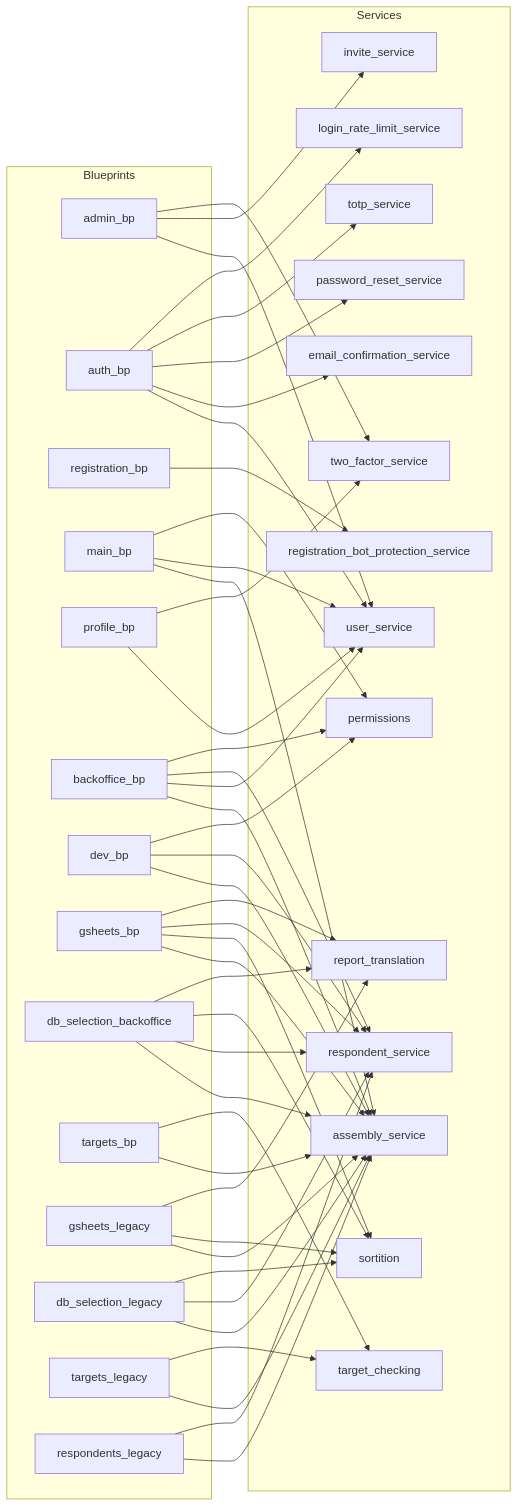
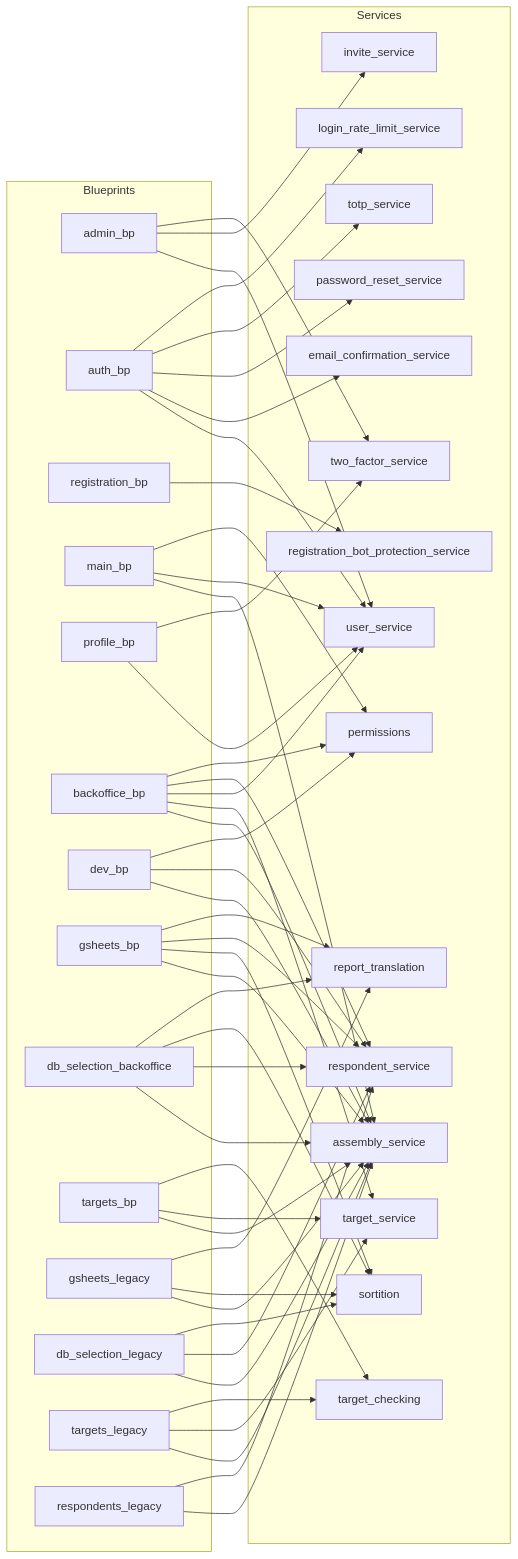
Before and after one commit to sortitionfoundation/opendlp: the third of 3 diagrams in backend/docs/architecture.md, drawn with Mermaid. The commit also changed other lines of this file and 1 other file, not shown here.

First line of the commit message:
docs: record the target_service split and the BDD build trap

````diff
--- a/backend/docs/architecture.md
+++ b/backend/docs/architecture.md
@@ -323,53 +337,54 @@
 ```mermaid
 flowchart LR
     subgraph BPs["Blueprints"]
         admin_bp
         auth_bp
         registration_bp
         main_bp
         profile_bp
         backoffice_bp
         dev_bp
         gsheets_bp
         db_sel_bo[db_selection_backoffice]
         targets_bp
         gsheets_legacy_bp[gsheets_legacy]
         db_sel_legacy[db_selection_legacy]
         targets_legacy_bp[targets_legacy]
         respondents_legacy_bp[respondents_legacy]
     end
 
     subgraph Svc["Services"]
         assembly_svc[assembly_service]
         user_svc[user_service]
         respondent_svc[respondent_service]
         sortition_svc[sortition]
         invite_svc[invite_service]
         two_factor_svc[two_factor_service]
         email_confirm_svc[email_confirmation_service]
         password_reset_svc[password_reset_service]
         totp_svc[totp_service]
         login_rate_svc[login_rate_limit_service]
         reg_bot_svc[registration_bot_protection_service]
         permissions_svc[permissions]
         target_check_svc[target_checking]
+        target_svc[target_service]
         report_xl[report_translation]
     end
 
     admin_bp --> user_svc & invite_svc & two_factor_svc
     auth_bp --> user_svc & email_confirm_svc & password_reset_svc & totp_svc & login_rate_svc
     registration_bp --> reg_bot_svc
     main_bp --> assembly_svc & user_svc & permissions_svc
     profile_bp --> user_svc & two_factor_svc
-    backoffice_bp --> assembly_svc & user_svc & respondent_svc & permissions_svc
+    backoffice_bp --> assembly_svc & target_svc & user_svc & respondent_svc & permissions_svc
     dev_bp --> assembly_svc & respondent_svc & permissions_svc
 
     gsheets_bp --> assembly_svc & sortition_svc & respondent_svc & report_xl
     db_sel_bo --> assembly_svc & respondent_svc & sortition_svc & report_xl
-    targets_bp --> assembly_svc & target_check_svc
+    targets_bp --> assembly_svc & target_svc & target_check_svc
 
     gsheets_legacy_bp --> assembly_svc & sortition_svc & report_xl
     db_sel_legacy --> assembly_svc & respondent_svc & sortition_svc
-    targets_legacy_bp --> assembly_svc & target_check_svc
+    targets_legacy_bp --> assembly_svc & target_svc & target_check_svc
     respondents_legacy_bp --> assembly_svc & respondent_svc
 ```
````
